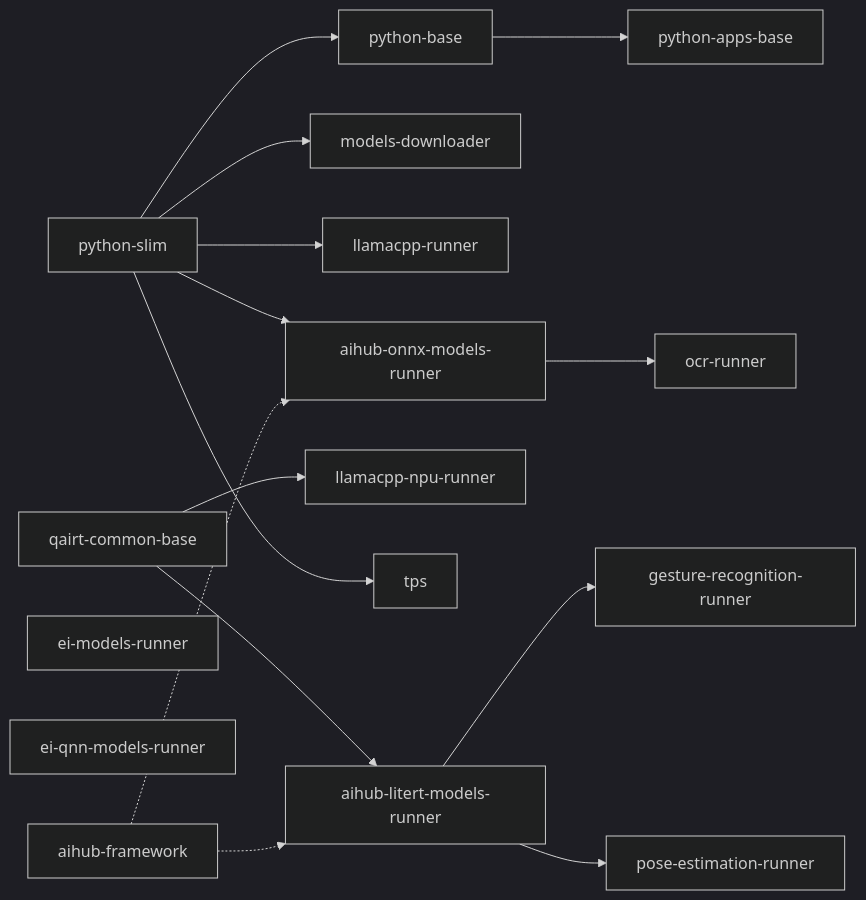
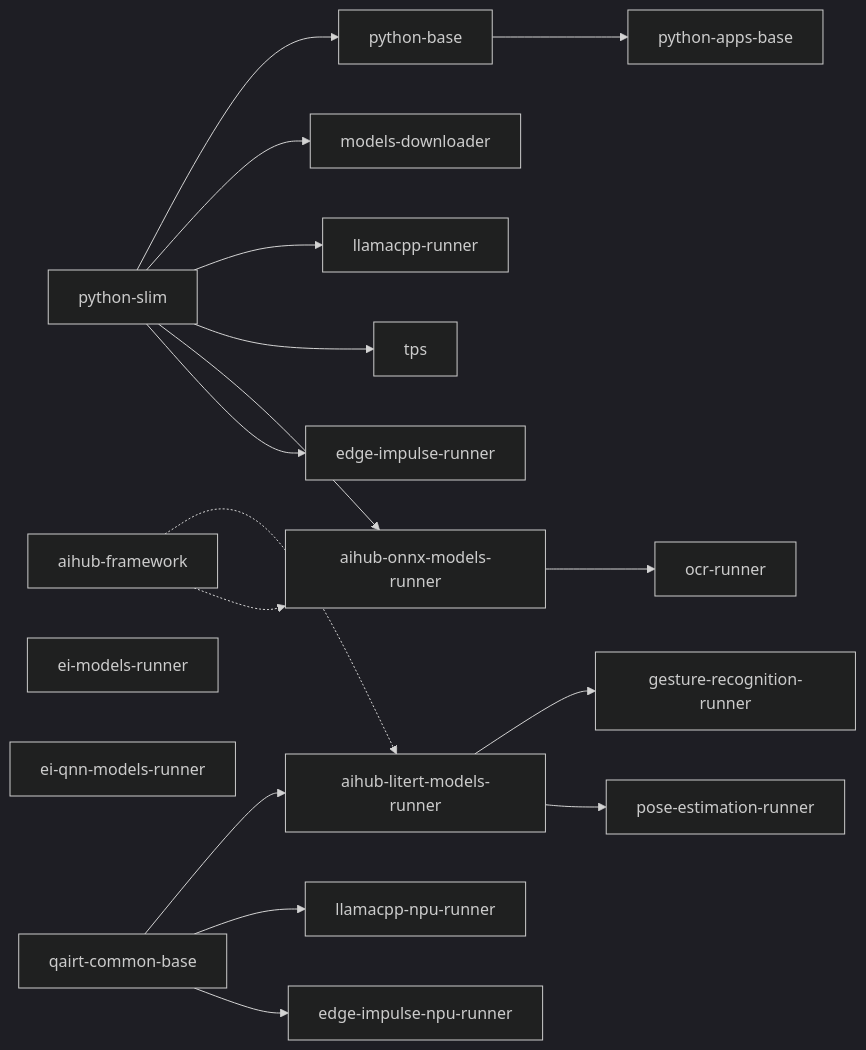
One commit to arduino/app-bricks-py changed the diagram in containers/README.md. Above: the diagram before and after it, drawn with Mermaid (dark theme). The commit also changed other lines of this file and 45 other files, not shown here.

First line of the commit message:
Edge impulse runner (#493)

````diff
--- a/containers/README.md
+++ b/containers/README.md
@@ -44,15 +46,17 @@
 ```mermaid
 graph LR
   slim[python-slim] --> base[python-base] --> apps[python-apps-base]
   slim --> dl[models-downloader]
   slim --> lcpp[llamacpp-runner]
   qairt[qairt-common-base] --> aihub[aihub-litert-models-runner] --> gesture[gesture-recognition-runner]
   aihub --> pose[pose-estimation-runner]
   qairt --> lcppnpu[llamacpp-npu-runner]
   ei[ei-models-runner]
   eiqnn[ei-qnn-models-runner]
   slim --> tps[tps]
   slim --> aihubonnx[aihub-onnx-models-runner] --> ocr[ocr-runner]
   fw[aihub-framework] -.-> aihub
   fw -.-> aihubonnx
+  slim --> edgeimpulserunner[edge-impulse-runner]
+  qairt --> edgeimpulsenpurunner[edge-impulse-npu-runner]
 ```
````
